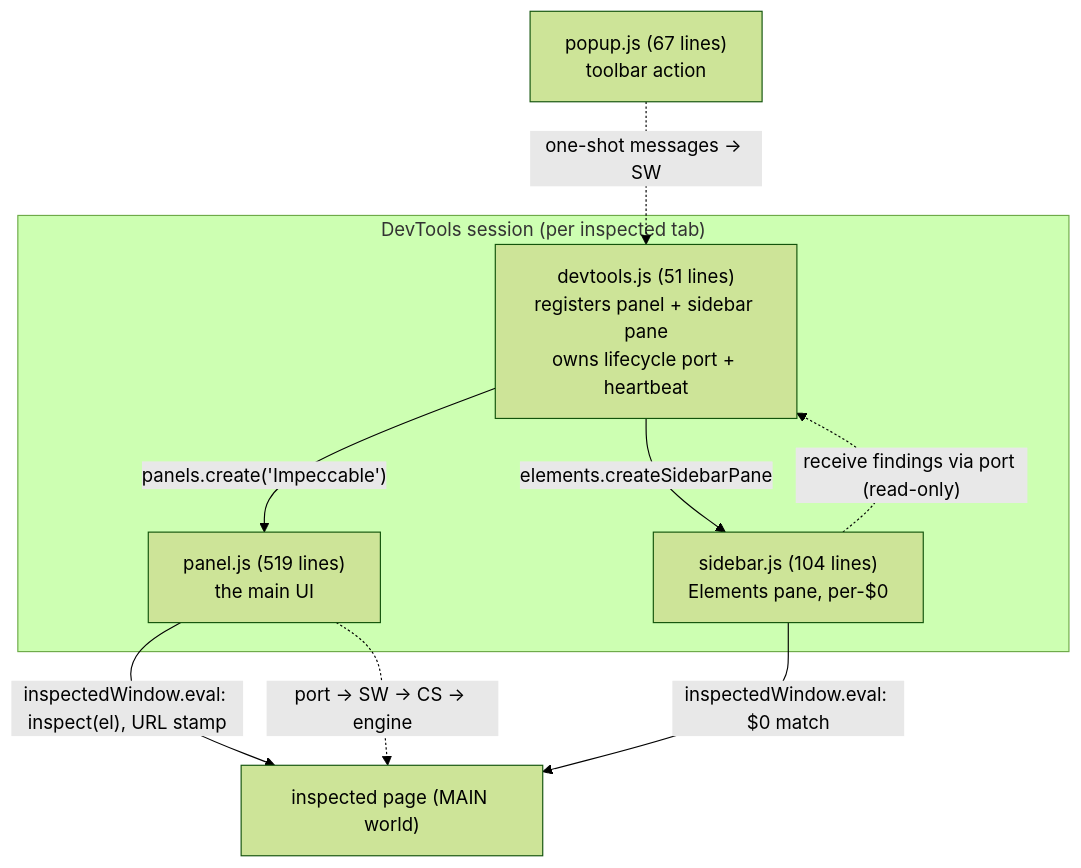
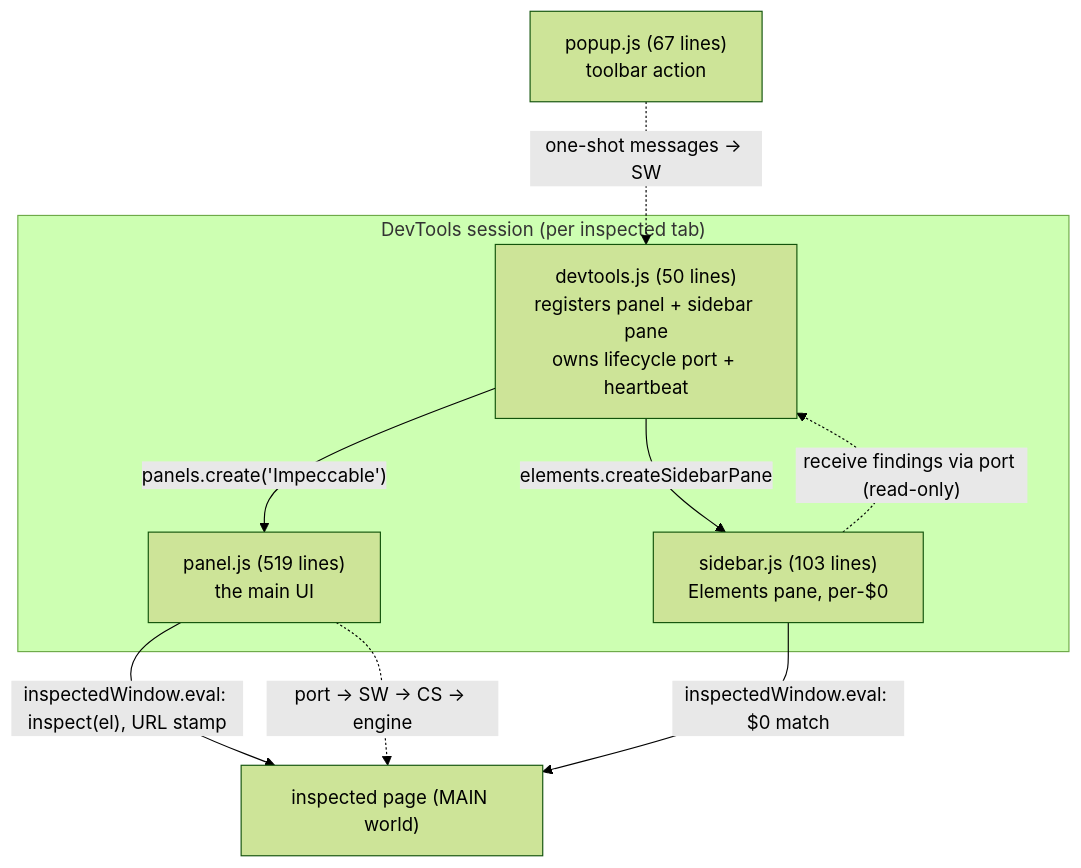
One commit to martinmoradi/yoinkit changed the diagram in audit/impeccable/reports/02-chrome-extension/02d-devtools-surfaces.md. Above: the diagram before and after it, drawn with Mermaid (forest theme). The commit also changed other lines of this file and 28 other files, not shown here.

````diff
--- a/audit/impeccable/reports/02-chrome-extension/02d-devtools-surfaces.md
+++ b/audit/impeccable/reports/02-chrome-extension/02d-devtools-surfaces.md
@@ -18,19 +18,19 @@
 ```mermaid
 graph TB
     subgraph DTSESSION["DevTools session (per inspected tab)"]
-      DT["devtools.js (51 lines)<br/>registers panel + sidebar pane<br/>owns lifecycle port + heartbeat"]
+      DT["devtools.js (50 lines)<br/>registers panel + sidebar pane<br/>owns lifecycle port + heartbeat"]
       PANEL["panel.js (519 lines)<br/>the main UI"]
-      SIDE["sidebar.js (104 lines)<br/>Elements pane, per-$0"]
+      SIDE["sidebar.js (103 lines)<br/>Elements pane, per-$0"]
     end
     POPUP["popup.js (67 lines)<br/>toolbar action"]
     PAGE["inspected page (MAIN world)"]
 
     DT -->|"panels.create('Impeccable')"| PANEL
     DT -->|"elements.createSidebarPane"| SIDE
     PANEL -->|"inspectedWindow.eval: inspect(el), URL stamp"| PAGE
     SIDE -->|"inspectedWindow.eval: $0 match"| PAGE
 
     PANEL -.->|"port → SW → CS → engine"| PAGE
     SIDE -.->|"receive findings via port (read-only)"| DT
     POPUP -.->|"one-shot messages → SW"| DT
 ```
````
